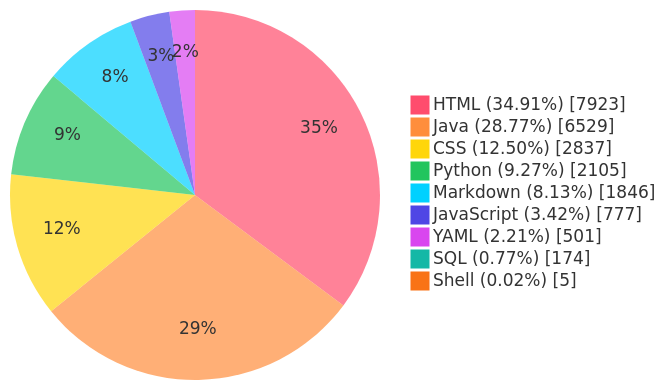
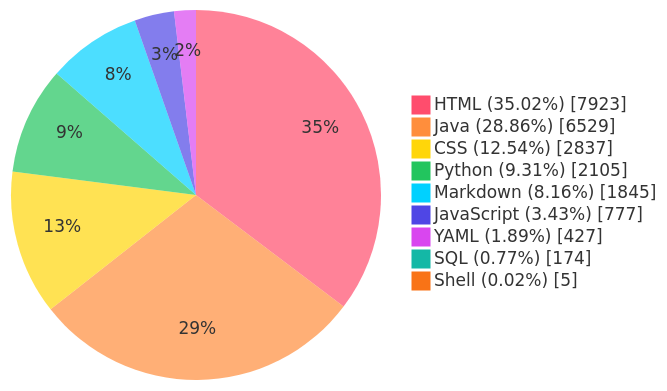
The diagram in README.md (TheBadRoger/BUCT-Teaching-Aids), drawn with Mermaid before and after one commit. The commit also changed other lines of this file and 2 other files, not shown here.

Commit message:
chore(stats): auto update README metrics

````diff
--- a/README.md
+++ b/README.md
@@ -40,28 +40,28 @@
 ```mermaid
 %%{init: {'theme':'base','themeVariables': {
   'fontFamily': 'Fira Code, JetBrains Mono, Source Code Pro, Cascadia Code, Menlo, Consolas, monospace',
   'pieStrokeColor': 'transparent',
   'pieStrokeWidth': '0px',
   'pieOuterStrokeWidth': '0px',
   'pie1': '#FF4D6D',
   'pie2': '#FF8E3C',
   'pie3': '#FFD60A',
   'pie4': '#22C55E',
   'pie5': '#00D1FF',
   'pie6': '#4F46E5',
   'pie7': '#D946EF',
   'pie8': '#14B8A6',
   'pie9': '#F97316',
   'pie10': '#A855F7'
 }}}%%
 pie showData
-    "HTML (34.91%)" : 7923
-    "Java (28.77%)" : 6529
-    "CSS (12.50%)" : 2837
-    "Python (9.27%)" : 2105
-    "Markdown (8.13%)" : 1846
-    "JavaScript (3.42%)" : 777
-    "YAML (2.21%)" : 501
+    "HTML (35.02%)" : 7923
+    "Java (28.86%)" : 6529
+    "CSS (12.54%)" : 2837
+    "Python (9.31%)" : 2105
+    "Markdown (8.16%)" : 1845
+    "JavaScript (3.43%)" : 777
+    "YAML (1.89%)" : 427
     "SQL (0.77%)" : 174
     "Shell (0.02%)" : 5
 ```
````
